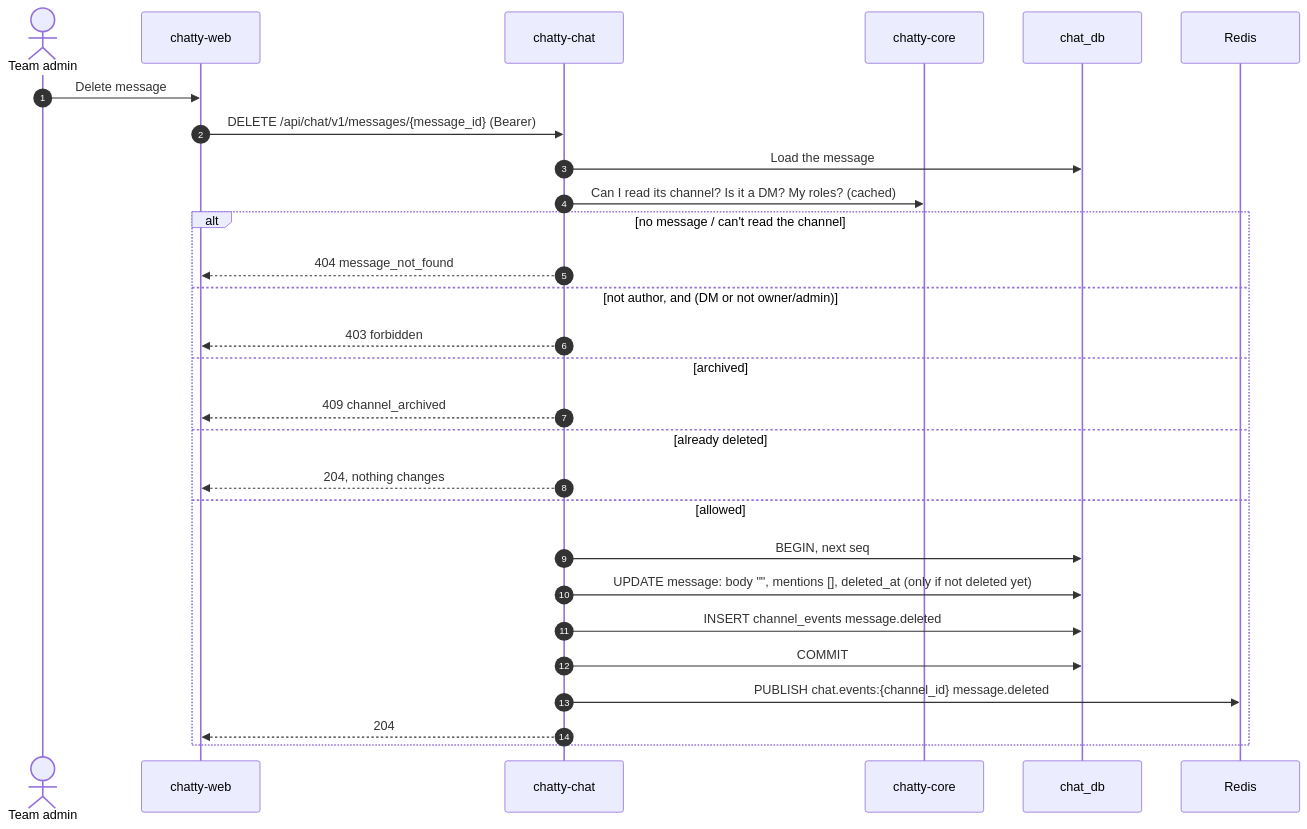
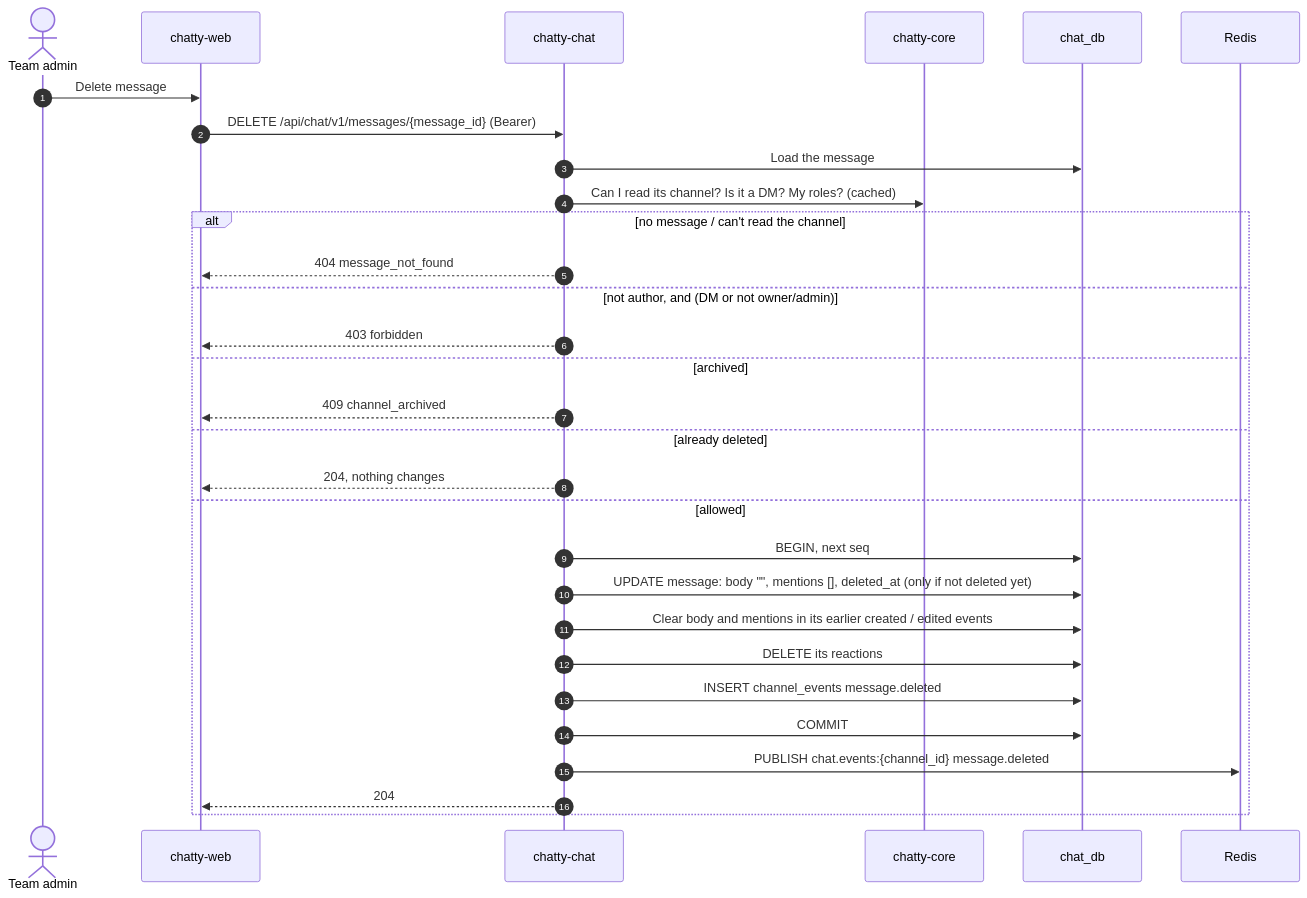
The diagram in architecture/flows/edit-and-delete-message.md (Chatty4/chatty-docs), drawn with Mermaid before and after one commit. The commit also changed other lines of this file, not shown here.

Commit message:
CHAT-203: say a delete clears the text in earlier events and removes the reactions

````diff
--- a/architecture/flows/edit-and-delete-message.md
+++ b/architecture/flows/edit-and-delete-message.md
@@ -12,31 +13,33 @@
 ```mermaid
 sequenceDiagram
     autonumber
     actor A as Team admin
     participant W as chatty-web
     participant H as chatty-chat
     participant C as chatty-core
     participant DB as chat_db
     participant R as Redis
 
     A->>W: Delete message
     W->>H: DELETE /api/chat/v1/messages/{message_id} (Bearer)
     H->>DB: Load the message
     H->>C: Can I read its channel? Is it a DM? My roles? (cached)
     alt no message / can't read the channel
         H-->>W: 404 message_not_found
     else not author, and (DM or not owner/admin)
         H-->>W: 403 forbidden
     else archived
         H-->>W: 409 channel_archived
     else already deleted
         H-->>W: 204, nothing changes
     else allowed
         H->>DB: BEGIN, next seq
         H->>DB: UPDATE message: body "", mentions [], deleted_at (only if not deleted yet)
+        H->>DB: Clear body and mentions in its earlier created / edited events
+        H->>DB: DELETE its reactions
         H->>DB: INSERT channel_events message.deleted
         H->>DB: COMMIT
         H->>R: PUBLISH chat.events:{channel_id} message.deleted
         H-->>W: 204
     end
 ```
````
